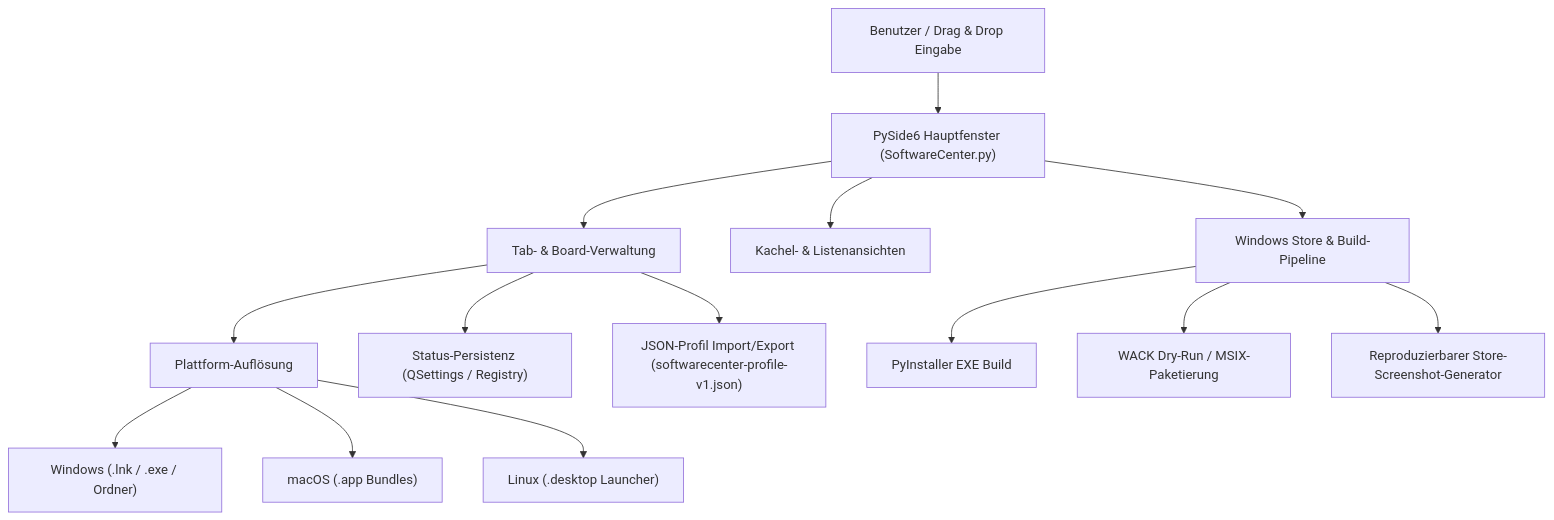
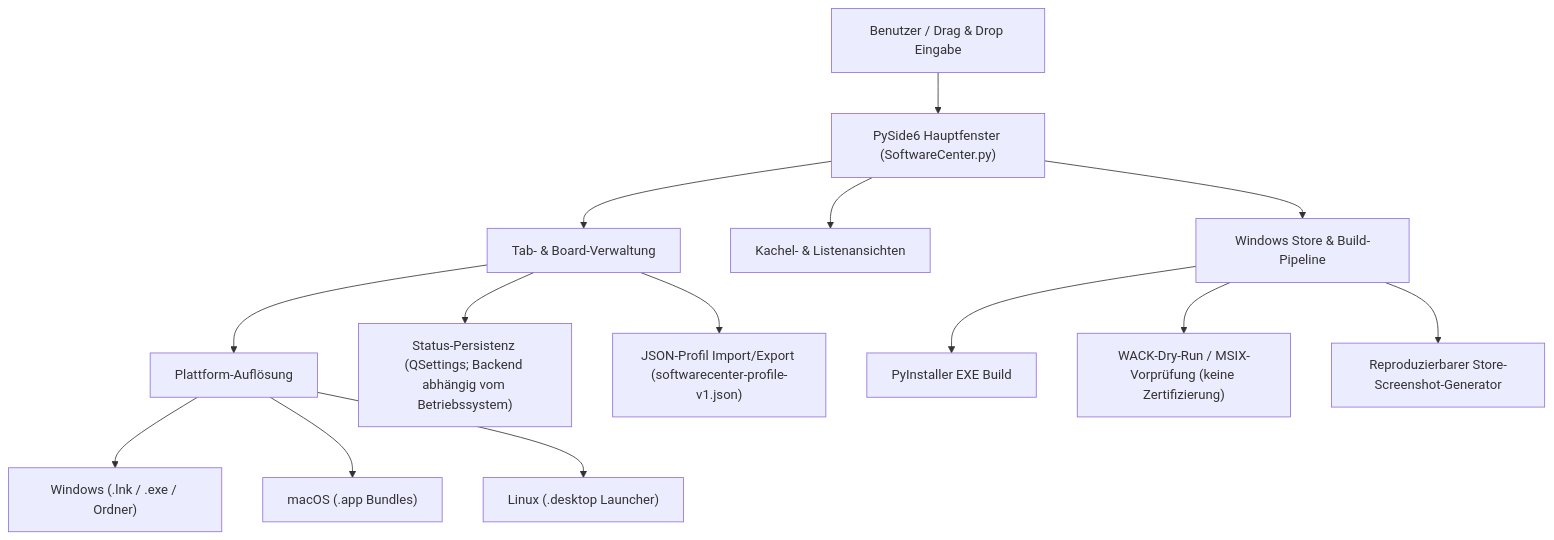
Before and after one commit to file-bricks/SoftwareCenter: the first of 2 diagrams in README_de.md, drawn with Mermaid. The commit also changed other lines of this file and 6 other files, not shown here.

````diff
--- a/README_de.md
+++ b/README_de.md
@@ -117,19 +118,19 @@
 ```mermaid
 graph TD
     A["Benutzer / Drag & Drop Eingabe"] --> B["PySide6 Hauptfenster (SoftwareCenter.py)"]
     B --> C["Tab- & Board-Verwaltung"]
     B --> D["Kachel- & Listenansichten"]
     
     C --> E["Plattform-Auflösung"]
     E --> E1["Windows (.lnk / .exe / Ordner)"]
     E --> E2["macOS (.app Bundles)"]
     E --> E3["Linux (.desktop Launcher)"]
     
-    C --> F["Status-Persistenz (QSettings / Registry)"]
+    C --> F["Status-Persistenz (QSettings; Backend abhängig vom Betriebssystem)"]
     C --> G["JSON-Profil Import/Export (softwarecenter-profile-v1.json)"]
     
     B --> H["Windows Store & Build-Pipeline"]
     H --> H1["PyInstaller EXE Build"]
-    H --> H2["WACK Dry-Run / MSIX-Paketierung"]
+    H --> H2["WACK-Dry-Run / MSIX-Vorprüfung (keine Zertifizierung)"]
     H --> H3["Reproduzierbarer Store-Screenshot-Generator"]
 ```
````
